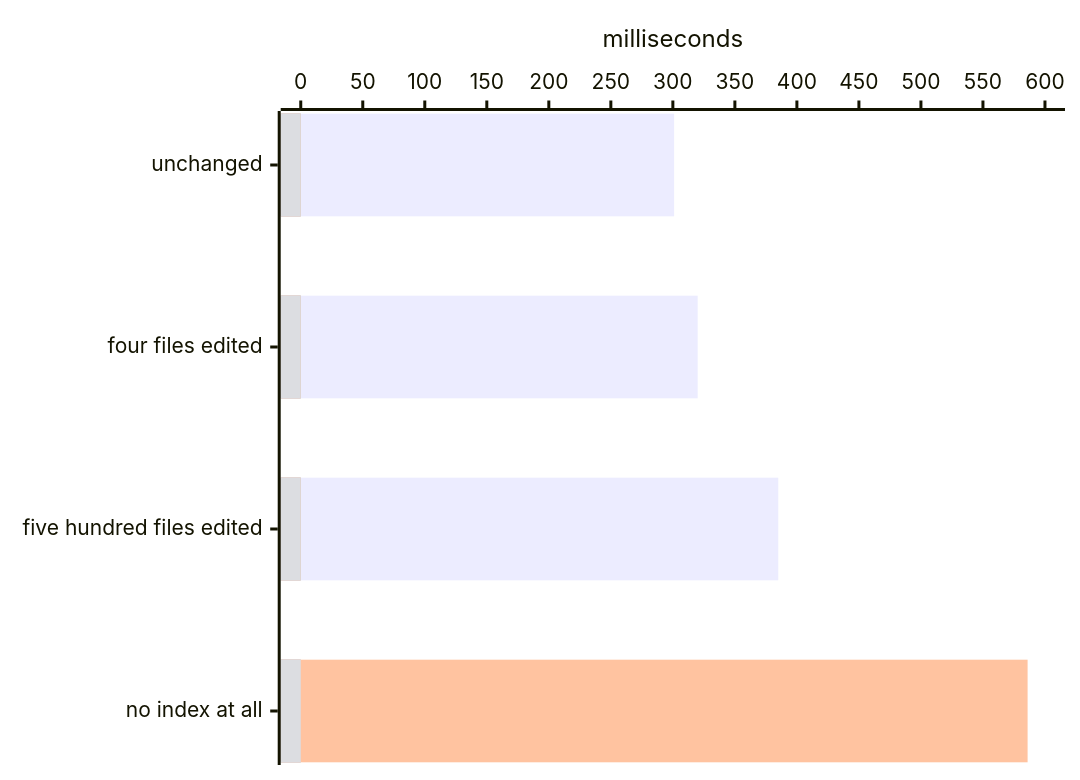
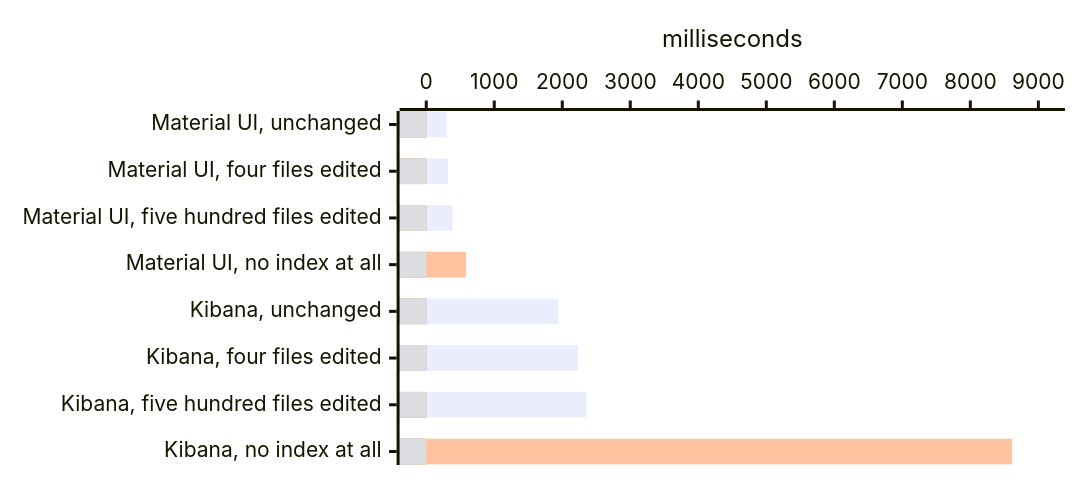
The second of 6 diagrams in docs/scale.md (Variance-Authority/variance-authority), drawn with Mermaid before and after one commit. The commit also changed other lines of this file and 46 other files, not shown here.

````diff
--- a/docs/scale.md
+++ b/docs/scale.md
@@ -147,10 +152,15 @@
 ```mermaid
+---
+config:
+  xyChart:
+    height: 300
+---
 xychart-beta horizontal
-  accTitle: Milliseconds a run waits on Material UI, by what changed since the last run
-  x-axis ["unchanged", "four files edited", "five hundred files edited", "no index at all"]
-  y-axis "milliseconds" 0 --> 600
-  bar [301, 320, 385, 0]
-  bar [0, 0, 0, 0]
-  bar [0, 0, 0, 586]
-  bar [0, 0, 0, 0]
+  accTitle: Milliseconds a run waits on Material UI and on Kibana, by what changed since the last run
+  x-axis ["Material UI, unchanged", "Material UI, four files edited", "Material UI, five hundred files edited", "Material UI, no index at all", "Kibana, unchanged", "Kibana, four files edited", "Kibana, five hundred files edited", "Kibana, no index at all"]
+  y-axis "milliseconds" 0 --> 9000
+  bar [301, 320, 385, 0, 1942, 2231, 2355, 0]
+  bar [0, 0, 0, 0, 0, 0, 0, 0]
+  bar [0, 0, 0, 586, 0, 0, 0, 8615]
+  bar [0, 0, 0, 0, 0, 0, 0, 0]
 ```
````
